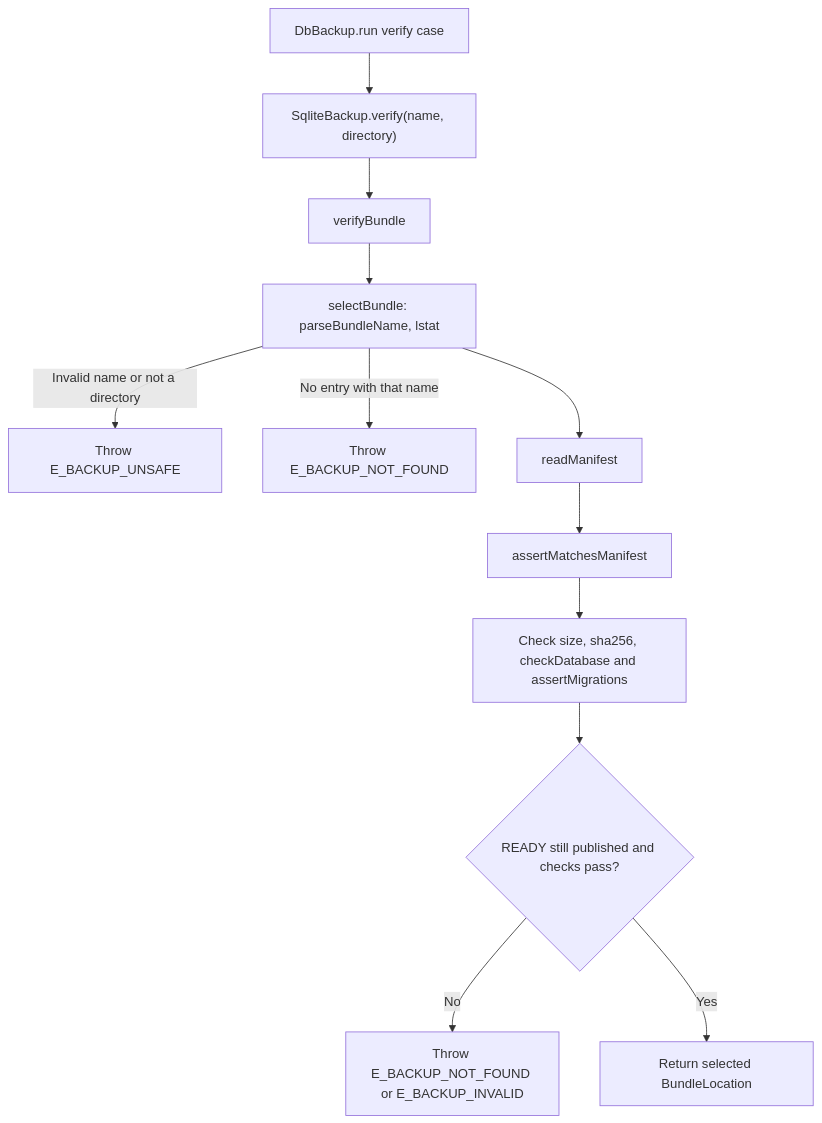
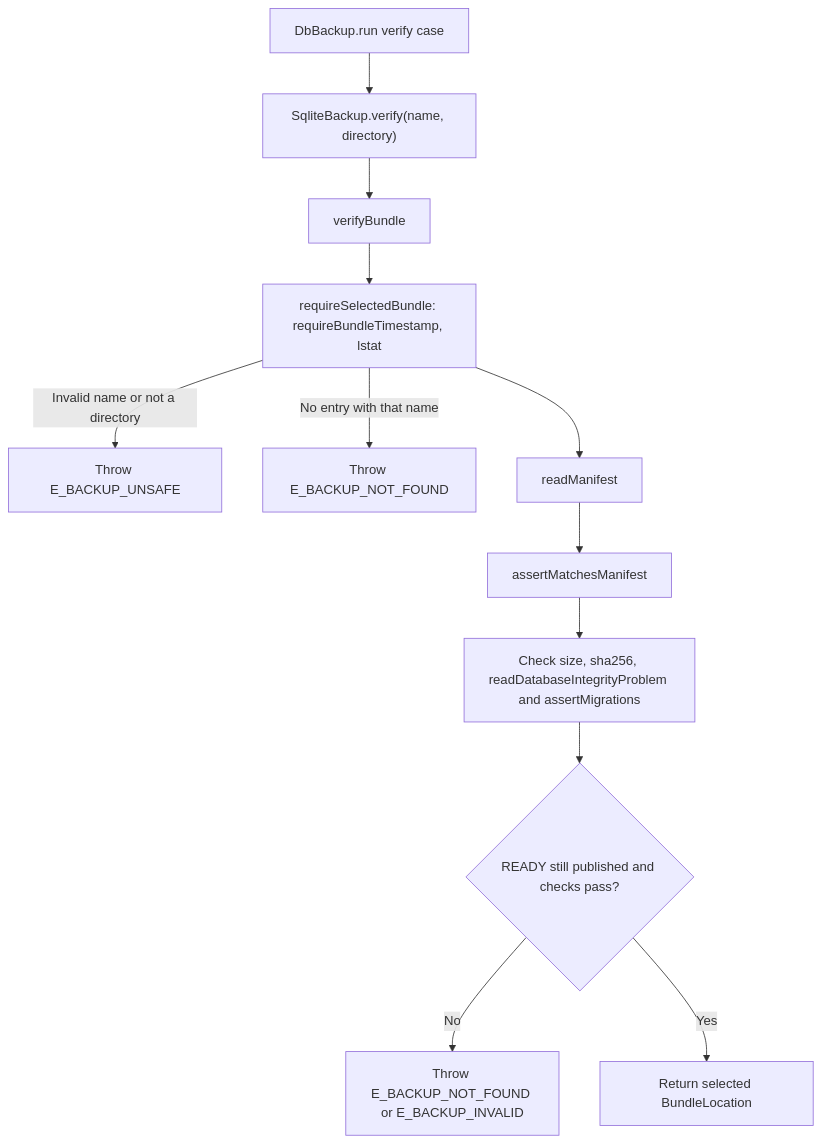
One commit to Kevinjohn/oss-adonisjs-sqlite-backup changed the second of 2 diagrams in user-stories/verify-bundle/us-op-03-verify-bundle.md. Above: the diagram before and after it, drawn with Mermaid. The commit also changed 4 other files, not shown here.

````diff
--- a/user-stories/verify-bundle/us-op-03-verify-bundle.md
+++ b/user-stories/verify-bundle/us-op-03-verify-bundle.md
@@ -43,14 +43,14 @@
 ```mermaid
 flowchart TD
     A["DbBackup.run verify case"] --> B["SqliteBackup.verify(name, directory)"]
     B --> C["verifyBundle"]
-    C --> D["selectBundle: parseBundleName, lstat"]
+    C --> D["requireSelectedBundle: requireBundleTimestamp, lstat"]
     D -->|Invalid name or not a directory| X["Throw E_BACKUP_UNSAFE"]
     D -->|No entry with that name| N["Throw E_BACKUP_NOT_FOUND"]
     D --> E["readManifest"]
     E --> F["assertMatchesManifest"]
-    F --> G["Check size, sha256, checkDatabase and assertMigrations"]
+    F --> G["Check size, sha256, readDatabaseIntegrityProblem and assertMigrations"]
     G --> H{"READY still published and checks pass?"}
     H -->|No| I["Throw E_BACKUP_NOT_FOUND or E_BACKUP_INVALID"]
     H -->|Yes| J["Return selected BundleLocation"]
 ```
````
